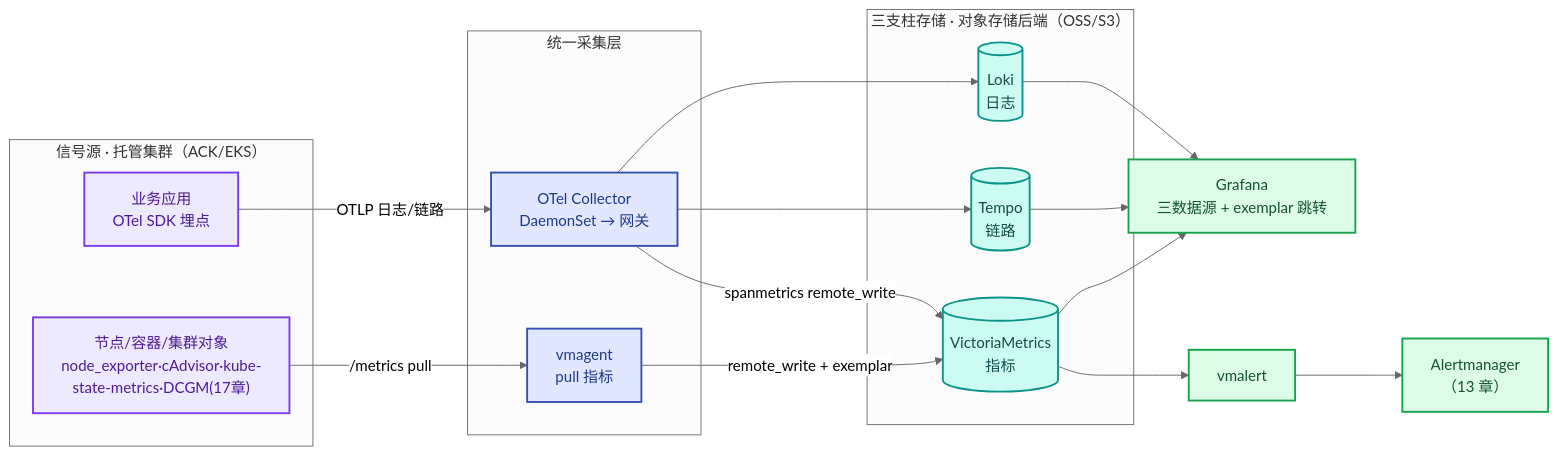
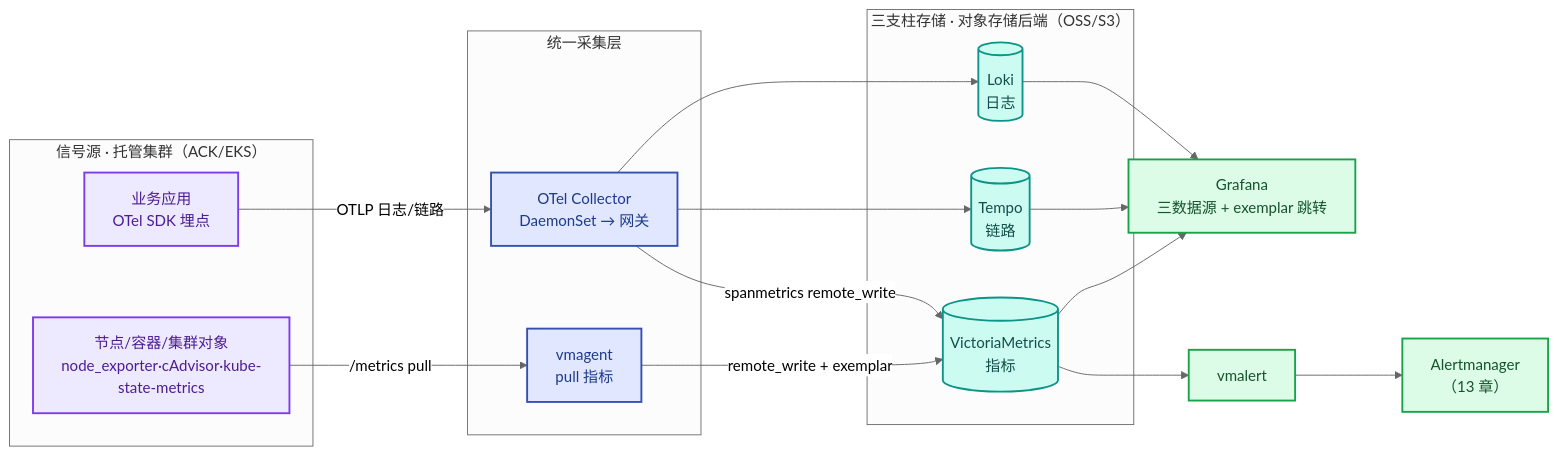
One commit to jackiesre721/ai-native-ops changed the diagram in docs/12-opentelemetry-observability.md. Above: the diagram before and after it, drawn with Mermaid (neutral theme). The commit also changed other lines of this file and 26 other files, not shown here.

````diff
--- a/docs/12-opentelemetry-observability.md
+++ b/docs/12-opentelemetry-observability.md
@@ -679,36 +678,36 @@
 ```mermaid
 flowchart LR
     subgraph SRC["信号源 · 托管集群（ACK/EKS）"]
       APP["业务应用<br/>OTel SDK 埋点"]
-      K8S["节点/容器/集群对象<br/>node_exporter·cAdvisor·kube-state-metrics·DCGM(17章)"]
+      K8S["节点/容器/集群对象<br/>node_exporter·cAdvisor·kube-state-metrics"]
     end
     subgraph COL["统一采集层"]
       VMA["vmagent<br/>pull 指标"]
       GW["OTel Collector<br/>DaemonSet → 网关"]
     end
     subgraph STORE["三支柱存储 · 对象存储后端（OSS/S3）"]
       VM[("VictoriaMetrics<br/>指标")]
       LK[("Loki<br/>日志")]
       TP[("Tempo<br/>链路")]
     end
     GF["Grafana<br/>三数据源 + exemplar 跳转"]
     VA["vmalert"] --> AM["Alertmanager<br/>（13 章）"]
     APP -->|"OTLP 日志/链路"| GW
     K8S -->|"/metrics pull"| VMA
     GW --> LK
     GW --> TP
     GW -->|"spanmetrics remote_write"| VM
     VMA -->|"remote_write + exemplar"| VM
     VM --> GF
     LK --> GF
     TP --> GF
     VM --> VA
     classDef src fill:#ede9fe,stroke:#7c3aed,color:#4c1d95,stroke-width:2px
     classDef col fill:#e0e7ff,stroke:#3451b2,color:#1e3a8a,stroke-width:2px
     classDef store fill:#ccfbf1,stroke:#0d9488,color:#134e4a,stroke-width:2px
     classDef ui fill:#dcfce7,stroke:#16a34a,color:#14532d,stroke-width:2px
     class APP,K8S src
     class VMA,GW col
     class VM,LK,TP store
     class GF,VA,AM ui
 ```
````
